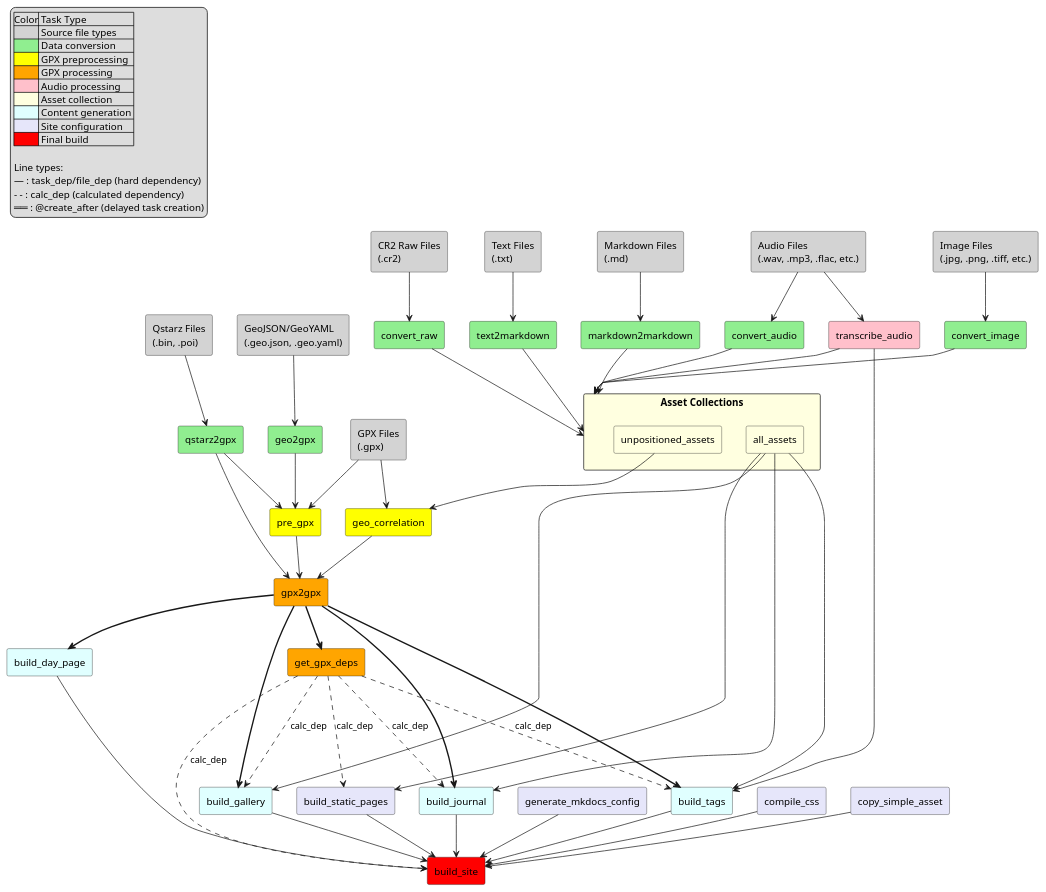
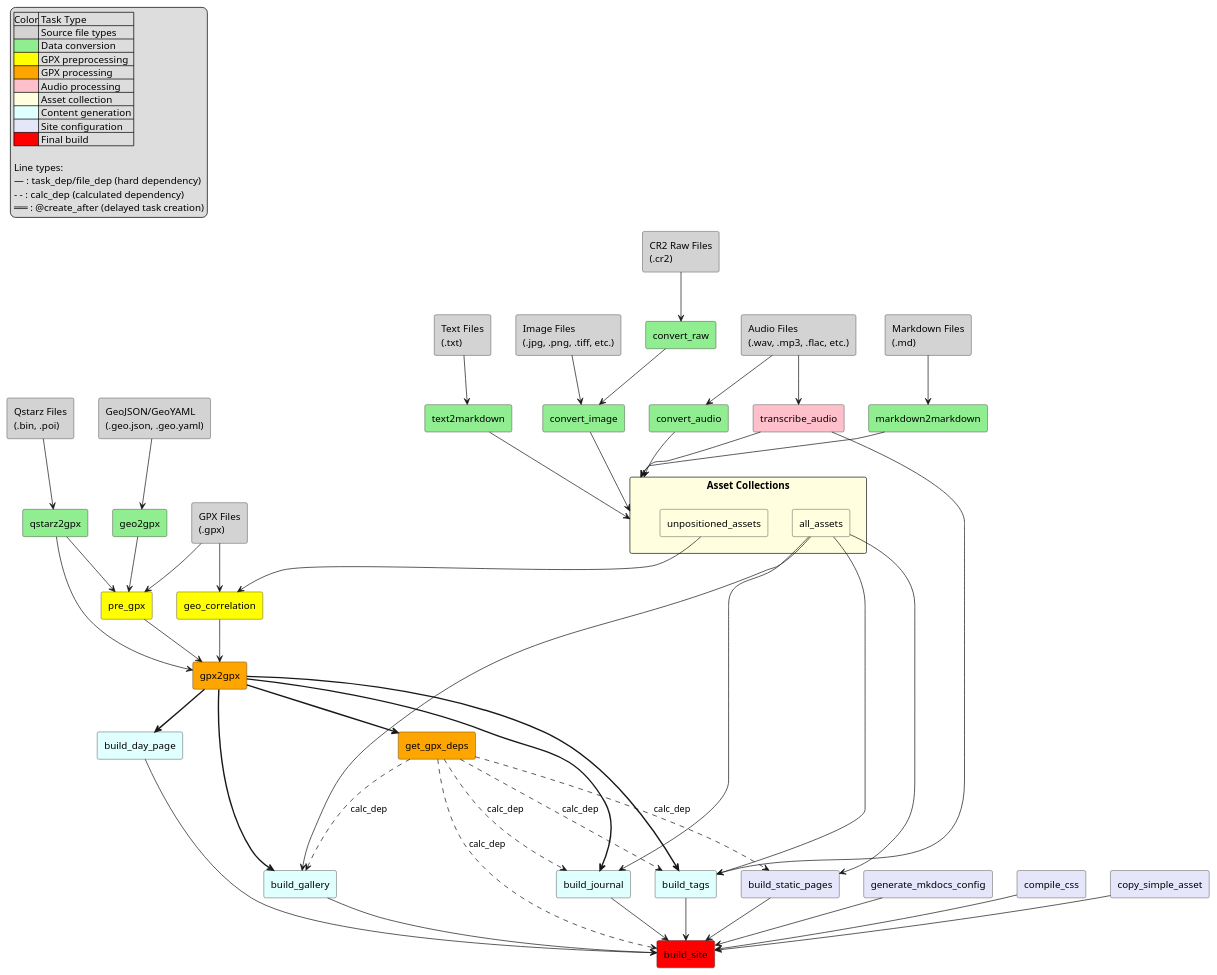
The diagram in docs/reference/task-dependencies.puml (bytehexe/mkmapdiary), drawn with PlantUML before and after one commit.

Commit message:
fix: update task dependencies

```diff
--- a/docs/reference/task-dependencies.puml
+++ b/docs/reference/task-dependencies.puml
@@ -1,186 +1,186 @@
 @startuml task-dependencies
 
 ' INSTRUCTIONS FOR EDITING THIS DIAGRAM:
 ' 
 ' This PlantUML diagram shows the dependency graph of build tasks in mkmapdiary.
 ' When adding or modifying tasks, follow these guidelines:
 '
 ' 1. TASK NAMING:
 '    - Remove the 'task_' prefix from function names (e.g., task_build_site → build_site)
 '    - Use descriptive rectangle names with appropriate aliases
 '
 ' 2. DEPENDENCY TYPES:
 '    - Use --> for task_dep (hard dependencies) and file_dep (file dependencies)
 '    - Use -.-> for calc_dep (calculated dependencies at runtime)
 '    - Use ==> for @create_after dependencies (delayed task creation)
 '    - Both task_dep and file_dep are blocking dependencies, calc_dep is computed dynamically
 '    - @create_after means tasks are created after the source task completes
 '
 ' 3. COLOR CODING:
 '    - #lightgray: Source file types (input files)
 '    - #lightgreen: Data conversion (file format transformations)
 '    - #yellow: GPX preprocessing (preparation steps)
 '    - #orange: GPX processing (main GPS data processing)
 '    - #pink: Audio processing (transcription, conversion)
 '    - #lightyellow: Asset collection (pseudo-nodes for grouping)
 '    - #lightcyan: Content generation (page building)
 '    - #lavender: Site configuration (mkdocs setup, CSS, assets)
 '    - #red: Final build (site generation)
 '
 ' 4. SOURCE FILE TYPES AND PSEUDO-NODES:
 '    - Add source file type nodes to show the complete pipeline from input to output
 '    - Use pseudo-nodes like 'all_assets' to simplify complex many-to-many relationships
 '    - This prevents visual clutter when multiple tasks depend on the same set of outputs
 '
 ' 5. FINDING DEPENDENCIES:
 '    - Check task_dep arrays in task functions
 '    - Look for @create_after decorators
 '    - Check file_dep and calc_dep usage
 '    - Search for db.get_all_assets() usage (indicates file dependencies on all conversion tasks)
 '    - Check handle_* methods to understand which source file types feed into which tasks
 '
 ' 6. VALIDATION:
 '    - Ensure all task_ functions from src/mkmapdiary/tasks/ are represented
 '    - Verify dependency directions match the actual code
 '    - Test the diagram renders correctly with: plantuml task-dependencies.puml
 '
 ' 7. MAINTAINING THESE INSTRUCTIONS:
 '    - When adding new task types or source file types, update the COLOR CODING section
 '    - When changing the diagram structure, update relevant instruction sections
 '    - Keep examples in sync with actual implementation
 '    - Update validation steps if new verification methods are needed
 
 ' Source file types (inputs)
 rectangle "Audio Files\n(.wav, .mp3, .flac, etc.)" as audio_files #lightgray
 rectangle "Image Files\n(.jpg, .png, .tiff, etc.)" as image_files #lightgray
 rectangle "CR2 Raw Files\n(.cr2)" as cr2_files #lightgray
 rectangle "GPX Files\n(.gpx)" as gpx_files #lightgray
 rectangle "GeoJSON/GeoYAML\n(.geo.json, .geo.yaml)" as geo_files #lightgray
 rectangle "Qstarz Files\n(.bin, .poi)" as qstarz_files #lightgray
 rectangle "Text Files\n(.txt)" as text_files #lightgray
 rectangle "Markdown Files\n(.md)" as markdown_files #lightgray
 
 ' Data conversion tasks
 rectangle "geo2gpx" as geo2gpx #lightgreen
 rectangle "qstarz2gpx" as qstarz2gpx #lightgreen
 rectangle "convert_raw" as convert_raw #lightgreen
 rectangle "convert_image" as convert_image #lightgreen
 rectangle "convert_audio" as convert_audio #lightgreen
 rectangle "text2markdown" as text2markdown #lightgreen
 rectangle "markdown2markdown" as markdown2markdown #lightgreen
 
 ' GPX processing tasks
 rectangle "pre_gpx" as pre_gpx #yellow
 rectangle "geo_correlation" as geo_correlation #yellow
 rectangle "gpx2gpx" as gpx2gpx #orange
 rectangle "get_gpx_deps" as get_gpx_deps #orange
 
 ' Content generation tasks
 rectangle "transcribe_audio" as transcribe_audio #pink
 rectangle "build_day_page" as build_day_page #lightcyan
 rectangle "build_gallery" as build_gallery #lightcyan
 rectangle "build_journal" as build_journal #lightcyan
 rectangle "build_tags" as build_tags #lightcyan
 
 ' Asset collection cluster
 rectangle "Asset Collections" as asset_collections #lightyellow {
   rectangle "all_assets" as all_assets #lightyellow
   rectangle "unpositioned_assets" as unpositioned_assets #lightyellow
 }
 
 ' Site building tasks
 rectangle "generate_mkdocs_config" as generate_mkdocs_config #lavender
 rectangle "build_static_pages" as build_static_pages #lavender
 rectangle "compile_css" as compile_css #lavender
 rectangle "copy_simple_asset" as copy_simple_asset #lavender
 rectangle "build_site" as build_site #red
 
 ' Source file to conversion task dependencies
 audio_files --> convert_audio
 audio_files --> transcribe_audio
 image_files --> convert_image
 cr2_files --> convert_raw
+convert_raw --> convert_image
 gpx_files --> pre_gpx
 geo_files --> geo2gpx
 qstarz_files --> qstarz2gpx
 text_files --> text2markdown
 markdown_files --> markdown2markdown
 
 ' Dependencies for pre_gpx
 geo2gpx --> pre_gpx
 qstarz2gpx --> pre_gpx
 
 ' Dependencies for geo_correlation
 gpx_files --> geo_correlation
 
 ' Dependencies for gpx2gpx
 pre_gpx --> gpx2gpx
 geo_correlation --> gpx2gpx
 qstarz2gpx --> gpx2gpx
 
 ' Dependencies from gpx2gpx (using @create_after decorator)
 gpx2gpx ==> get_gpx_deps
 gpx2gpx ==> build_day_page
 gpx2gpx ==> build_gallery
 gpx2gpx ==> build_journal
 gpx2gpx ==> build_tags
 
 ' Asset dependencies (file_dep on all assets)
-convert_raw --> asset_collections
 convert_image --> asset_collections
 convert_audio --> asset_collections
 text2markdown --> asset_collections
 markdown2markdown --> asset_collections
 transcribe_audio --> asset_collections
 
 ' Dependencies from asset collections to content generation tasks
 all_assets --> build_gallery
 all_assets --> build_journal
 all_assets --> build_tags
 all_assets --> build_static_pages
 unpositioned_assets --> geo_correlation
 
 ' Dependencies for build_tags
 transcribe_audio --> build_tags
 
 ' Dependencies for build_site
 build_static_pages --> build_site
 generate_mkdocs_config --> build_site
 compile_css --> build_site
 copy_simple_asset --> build_site
 build_day_page --> build_site
 build_gallery --> build_site
 build_journal --> build_site
 build_tags --> build_site
 get_gpx_deps -.-> build_site : calc_dep
 
 ' Dependencies for build_static_pages
 get_gpx_deps -.-> build_static_pages : calc_dep
 
 ' Dependencies for content generation tasks
 get_gpx_deps -.-> build_gallery : calc_dep
 get_gpx_deps -.-> build_journal : calc_dep
 get_gpx_deps -.-> build_tags : calc_dep
 
 ' Legend
 legend top left
   |Color| Task Type |
   |<#lightgray>| Source file types |
   |<#lightgreen>| Data conversion |
   |<#yellow>| GPX preprocessing |
   |<#orange>| GPX processing |
   |<#pink>| Audio processing |
   |<#lightyellow>| Asset collection |
   |<#lightcyan>| Content generation |
   |<#lavender>| Site configuration |
   |<#red>| Final build |
   
   Line types:
   ' Arrows are not rendered correctly here; so use different
   ' dash patterns to simulate the results
   — : task_dep/file_dep (hard dependency)
   - - : calc_dep (calculated dependency)
   ══ : @create_after (delayed task creation)
 end legend
 
 @enduml
```
